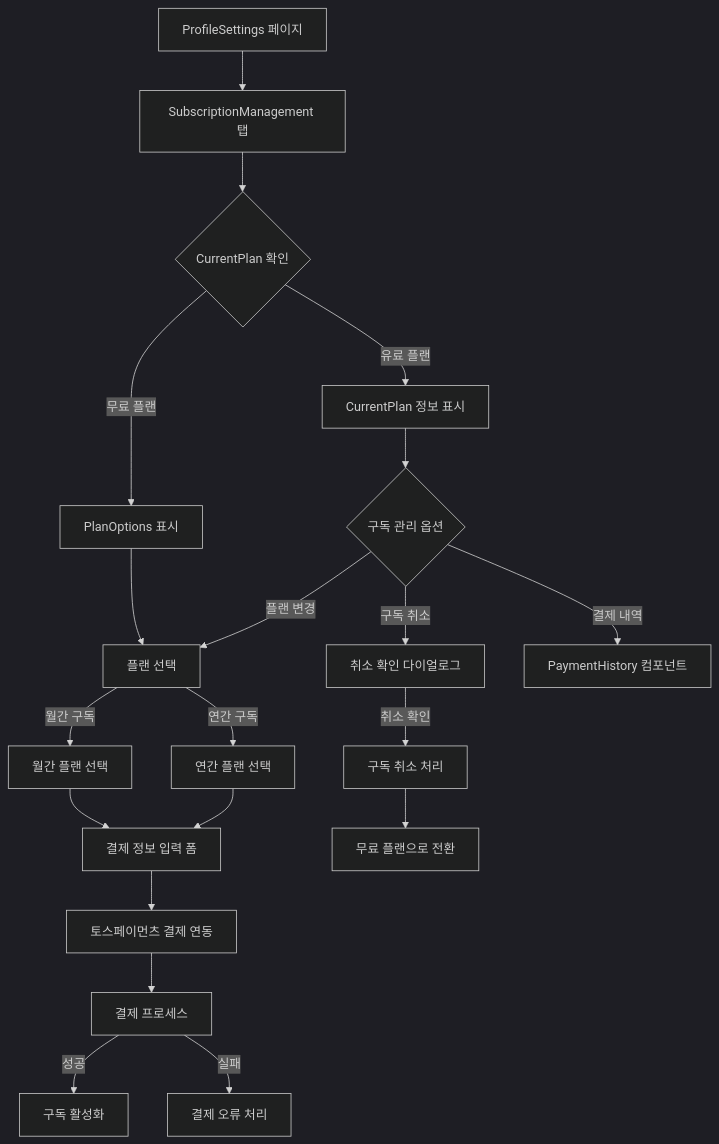
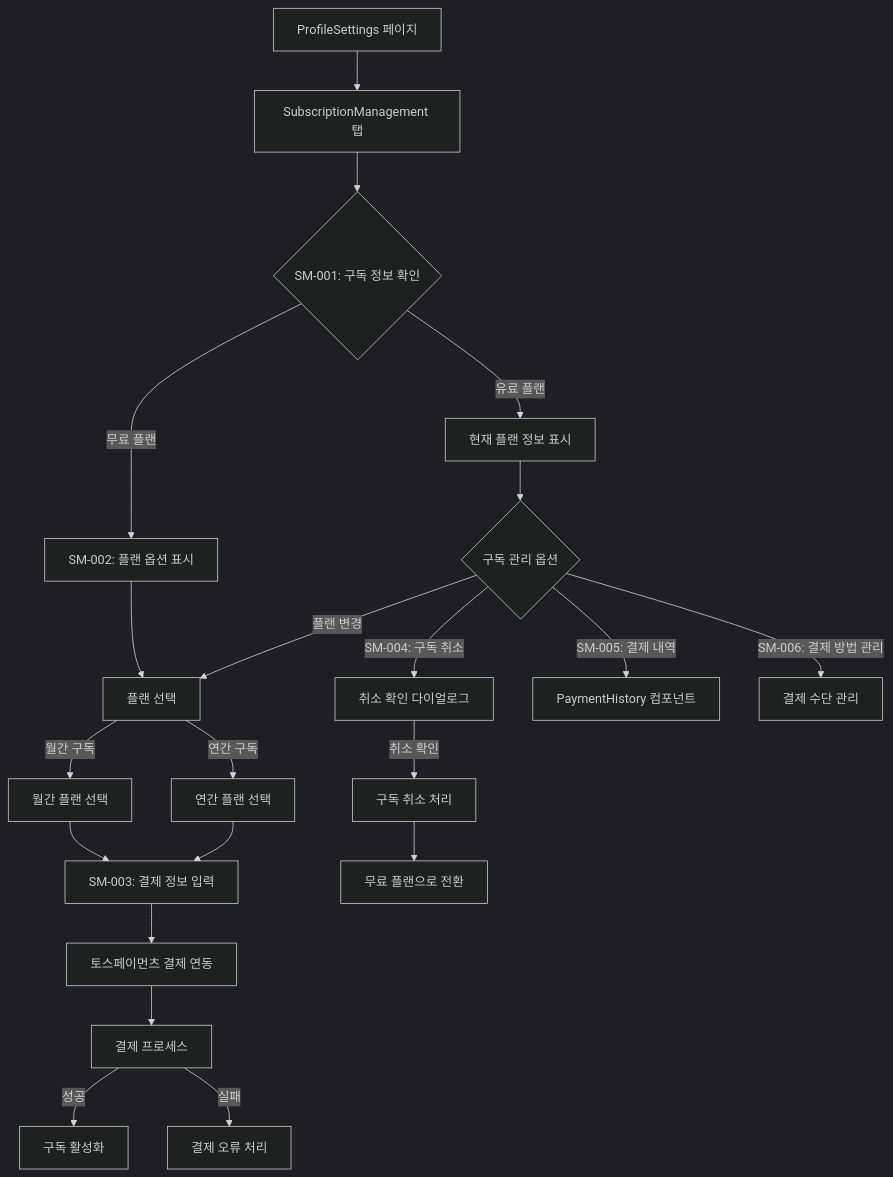
Diagram 12 of 19 in ui-design/user-flows.md (Seungwoo321/etorch-docs), drawn with Mermaid (dark theme) before and after one commit. The commit also changed other lines of this file, not shown here.

````diff
--- a/ui-design/user-flows.md
+++ b/ui-design/user-flows.md
@@ -546,28 +516,29 @@
 ```mermaid
 flowchart TD
     A[ProfileSettings 페이지] --> B[SubscriptionManagement 탭]
     
-    B --> C{CurrentPlan 확인}
-    C -->|무료 플랜| D[PlanOptions 표시]
-    C -->|유료 플랜| E[CurrentPlan 정보 표시]
+    B --> C{SM-001: 구독 정보 확인}
+    C -->|무료 플랜| D[SM-002: 플랜 옵션 표시]
+    C -->|유료 플랜| E[현재 플랜 정보 표시]
     
     D --> F[플랜 선택]
     F -->|월간 구독| G1[월간 플랜 선택]
     F -->|연간 구독| G2[연간 플랜 선택]
     
-    G1 --> H[결제 정보 입력 폼]
+    G1 --> H[SM-003: 결제 정보 입력]
     G2 --> H
     
     H --> I[토스페이먼츠 결제 연동]
     I --> J[결제 프로세스]
     J -->|성공| K[구독 활성화]
     J -->|실패| L[결제 오류 처리]
     
     E --> M{구독 관리 옵션}
     M -->|플랜 변경| F
-    M -->|구독 취소| N[취소 확인 다이얼로그]
-    M -->|결제 내역| O[PaymentHistory 컴포넌트]
+    M -->|SM-004: 구독 취소| N[취소 확인 다이얼로그]
+    M -->|SM-005: 결제 내역| O[PaymentHistory 컴포넌트]
+    M -->|SM-006: 결제 방법 관리| P[결제 수단 관리]
     
-    N -->|취소 확인| P[구독 취소 처리]
-    P --> Q[무료 플랜으로 전환]
+    N -->|취소 확인| Q[구독 취소 처리]
+    Q --> R[무료 플랜으로 전환]
 ```
````
